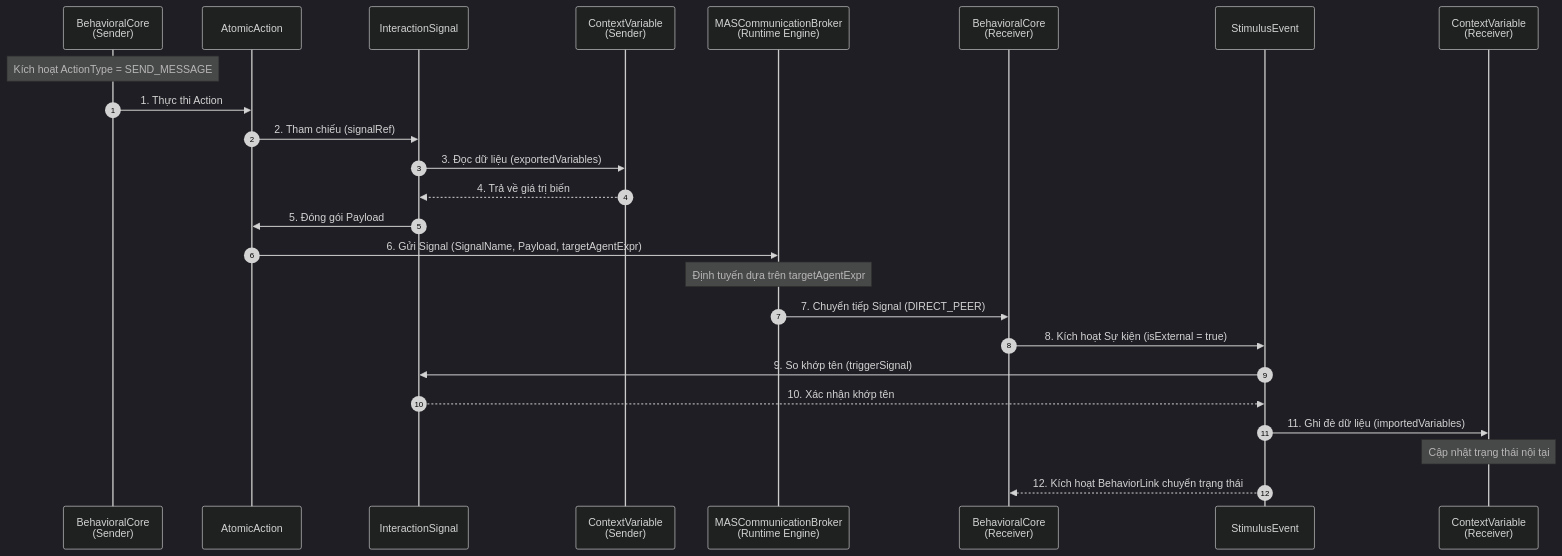
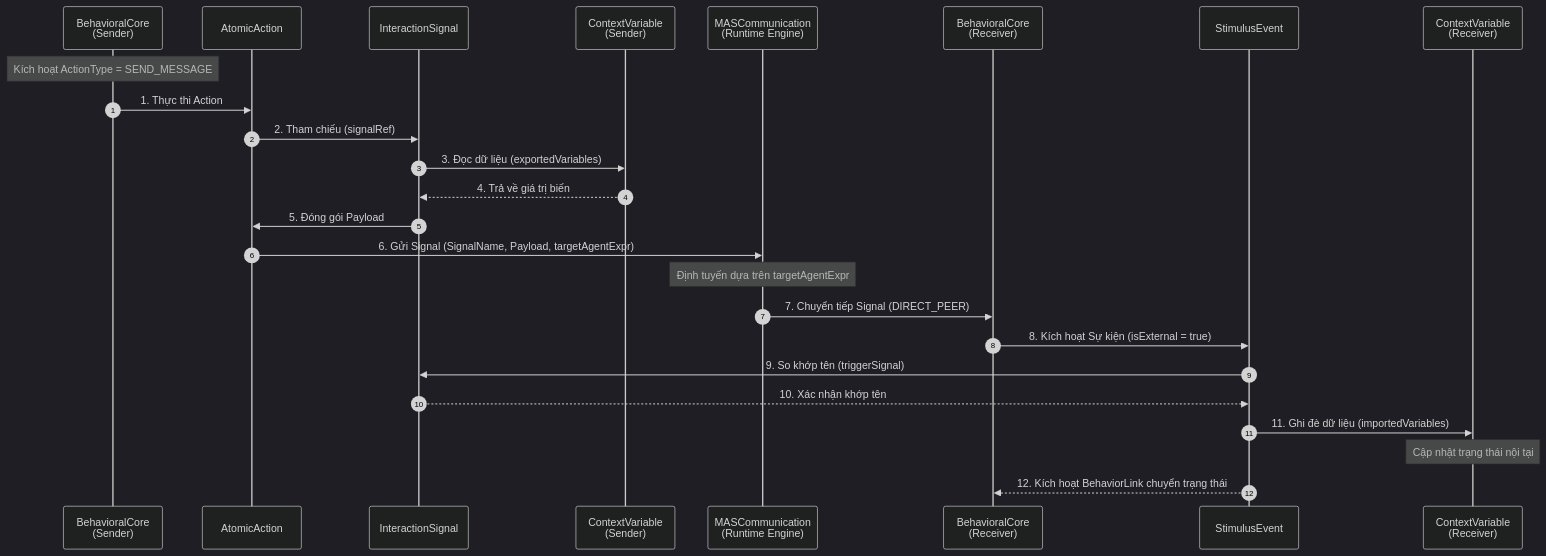
One commit to NguyenDucguyen/behavirol-agent-waretwin-forEx changed the diagram in model/direct_peer.md. Above: the diagram before and after it, drawn with Mermaid (dark theme). The commit also changed 2 other files, not shown here.

Commit message:
feat : add algorithm.md

````diff
--- a/model/direct_peer.md
+++ b/model/direct_peer.md
@@ -1,34 +1,34 @@
 ```mermaid
 sequenceDiagram
 autonumber
 participant BC_S as BehavioralCore<br/>(Sender)
 participant AA as AtomicAction
 participant IS as InteractionSignal
 participant CV_S as ContextVariable<br/>(Sender)
 
-    participant Broker as MASCommunicationBroker<br/>(Runtime Engine)
+    participant Broker as MASCommunication<br/>(Runtime Engine)
 
     participant BC_R as BehavioralCore<br/>(Receiver)
     participant SE as StimulusEvent
     participant CV_R as ContextVariable<br/>(Receiver)
 
     Note over BC_S: Kích hoạt ActionType = SEND_MESSAGE
     BC_S->>AA: 1. Thực thi Action
     AA->>IS: 2. Tham chiếu (signalRef)
     IS->>CV_S: 3. Đọc dữ liệu (exportedVariables)
     CV_S-->>IS: 4. Trả về giá trị biến
     IS->>AA: 5. Đóng gói Payload
     AA->>Broker: 6. Gửi Signal (SignalName, Payload, targetAgentExpr)
 
     Note over Broker: Định tuyến dựa trên targetAgentExpr
     Broker->>BC_R: 7. Chuyển tiếp Signal (DIRECT_PEER)
 
     BC_R->>SE: 8. Kích hoạt Sự kiện (isExternal = true)
     SE->>IS: 9. So khớp tên (triggerSignal)
     IS-->>SE: 10. Xác nhận khớp tên
     SE->>CV_R: 11. Ghi đè dữ liệu (importedVariables)
     Note over CV_R: Cập nhật trạng thái nội tại
     SE-->>BC_R: 12. Kích hoạt BehaviorLink chuyển trạng thái
 
 
 ```
````
